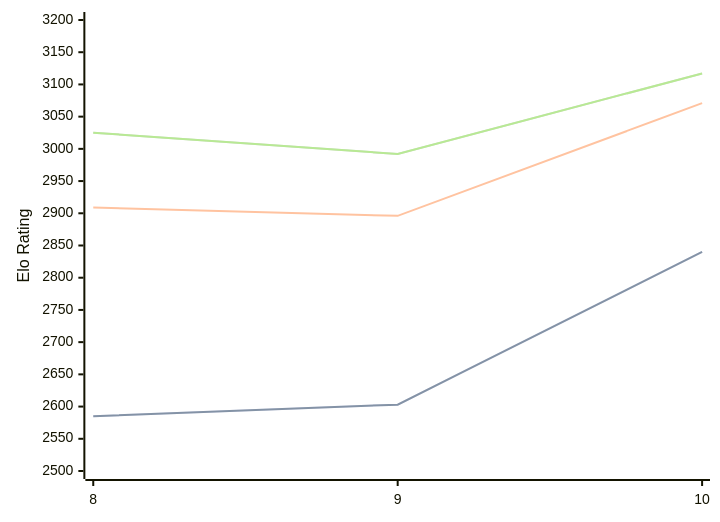
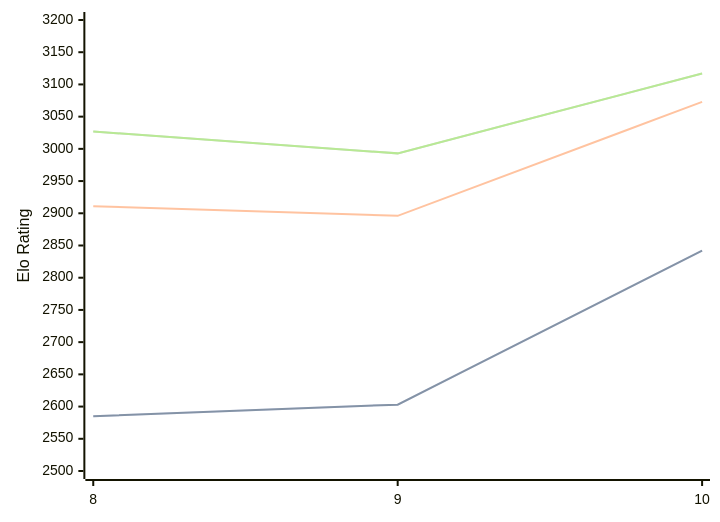
One commit to computer-chess-index/cci changed the diagram in engines/Lozza.md. Above: the diagram before and after it, drawn with Mermaid. The commit also changed other lines of this file, not shown here.

Commit message:
Update CCI Ratings (ELO VLTC) - 2026-08-19

````diff
--- a/engines/Lozza.md
+++ b/engines/Lozza.md
@@ -33,11 +33,11 @@
 ```mermaid
 %%{init: {"theme":"base","themeVariables":{"seriesColors:['#a3a3a3','#222221','#faa371']}}}%%
 xychart-beta
   x-axis ["8", "9", "10"]
   y-axis "Elo Rating" 2500 --> 3200
-  line "STC (8.0+0.08s)" [2585, 2603, 2840]
-  line "STC (8.0+0.08s)" [2585, 2603, 2840]
-  line "LTC (60.0+0.60s)" [2909, 2896, 3071]
-  line "VLTC (2m24s+1.12s)" [3025, 2992, 3117]
-  line "VLTC (2m24s+1.12s)" [3025, 2992, 3117]
+  line "STC (8.0+0.08s)" [2585, 2603, 2842]
+  line "STC (8.0+0.08s)" [2585, 2603, 2842]
+  line "LTC (60.0+0.60s)" [2911, 2896, 3073]
+  line "VLTC (2m24s+1.12s)" [3027, 2993, 3117]
+  line "VLTC (2m24s+1.12s)" [3027, 2993, 3117]
 ```
````
